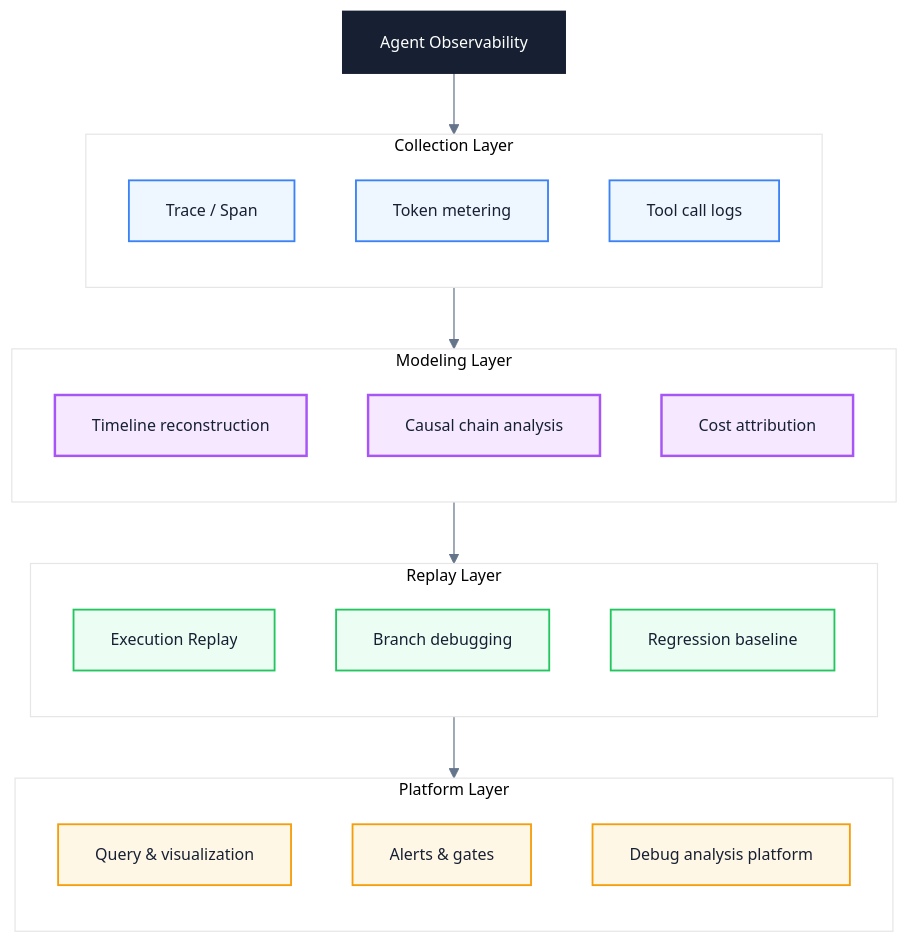
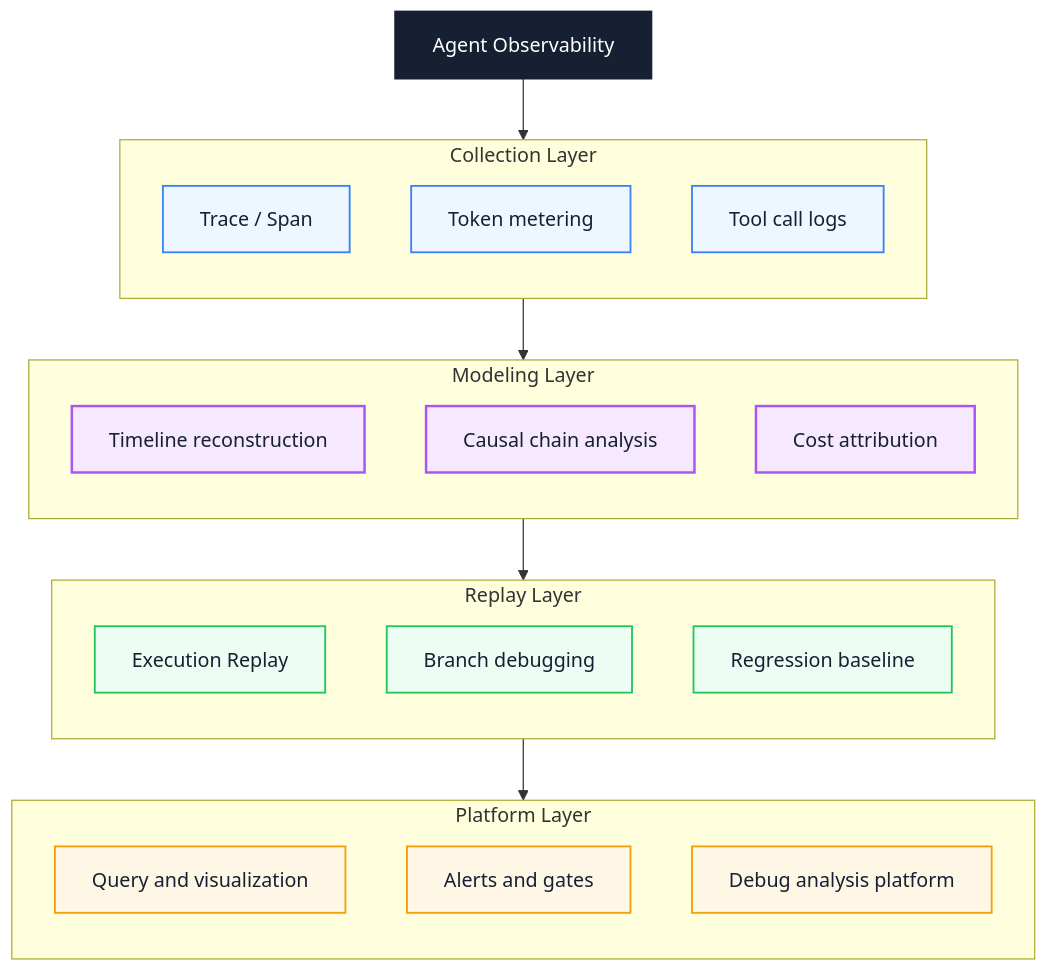
One commit to Fatejian/frontier-vault changed the sixth of 6 diagrams in docs/en/ai/agent-engineering-learning-path.md. Above: the diagram before and after it, drawn with Mermaid. The commit also changed other lines of this file and 41 other files, not shown here.

````diff
--- a/docs/en/ai/agent-engineering-learning-path.md
+++ b/docs/en/ai/agent-engineering-learning-path.md
@@ -557,50 +654,49 @@
 ```mermaid
-%%{init: {'theme': 'base', 'themeVariables': {'fontFamily': 'Inter, PingFang SC, Microsoft YaHei, sans-serif', 'primaryColor': '#F8FAFC', 'primaryTextColor': '#172033', 'primaryBorderColor': '#CBD5E1', 'lineColor': '#64748B', 'fontSize': '13px'}}}%%
 flowchart TB
     Core["Agent Observability"]
 
     subgraph Collect["Collection Layer"]
         direction TB
         C1["Trace / Span"]
         C2["Token metering"]
         C3["Tool call logs"]
     end
 
     subgraph Model["Modeling Layer"]
         direction TB
         MO1["Timeline reconstruction"]
         MO2["Causal chain analysis"]
         MO3["Cost attribution"]
     end
 
     subgraph Replay["Replay Layer"]
         direction TB
         RP1["Execution Replay"]
         RP2["Branch debugging"]
         RP3["Regression baseline"]
     end
 
     subgraph Platform["Platform Layer"]
         direction TB
-        P1["Query & visualization"]
-        P2["Alerts & gates"]
+        P1["Query and visualization"]
+        P2["Alerts and gates"]
         P3["Debug analysis platform"]
     end
 
     Core --> Collect
     Collect --> Model
     Model --> Replay
     Replay --> Platform
 
     classDef core fill:#172033,color:#fff,stroke:#172033,stroke-width:2px;
     classDef wait fill:#EEF6FF,stroke:#3B82F6,color:#172033,stroke-width:1.5px;
     classDef block fill:#FFF7E6,stroke:#F59E0B,color:#172033,stroke-width:1.5px;
     classDef work fill:#ECFDF3,stroke:#22C55E,color:#172033,stroke-width:1.5px;
     classDef metric fill:#F5E8FF,stroke:#A855F7,color:#172033,stroke-width:2px;
 
     class Core core;
     class C1,C2,C3 wait;
     class MO1,MO2,MO3 metric;
     class RP1,RP2,RP3 work;
     class P1,P2,P3 block;
 ```
````
